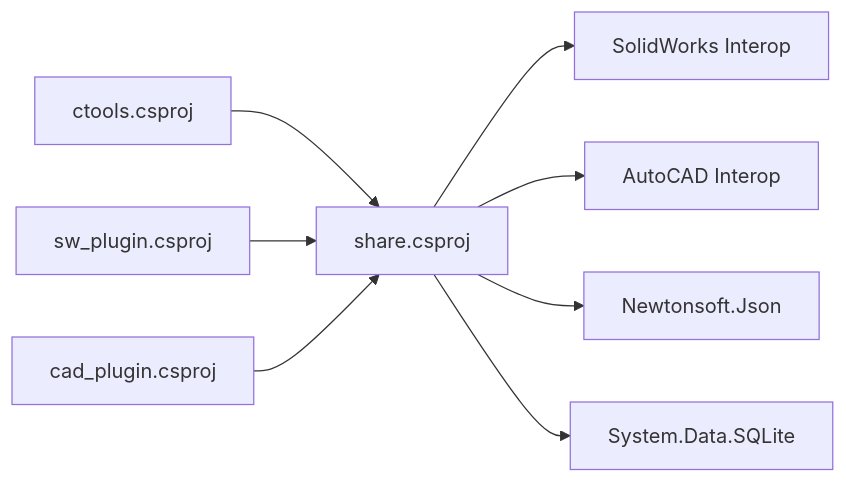
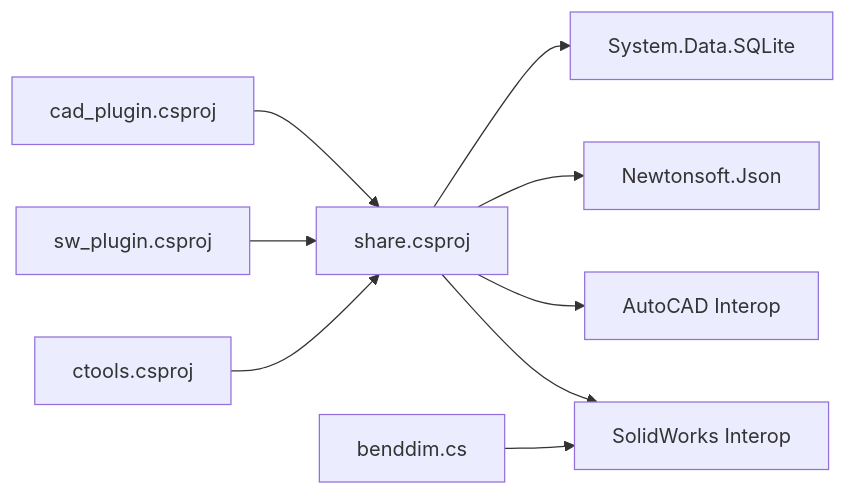
The eighth of 8 diagrams in .qoder/repowiki/zh/content/共享功能库/共享功能库.md (feudal1/my_csharp), drawn with Mermaid before and after one commit. The commit also changed other lines of this file and 6 other files, not shown here.

````diff
--- a/.qoder/repowiki/zh/content/共享功能库/共享功能库.md
+++ b/.qoder/repowiki/zh/content/共享功能库/共享功能库.md
@@ -278,10 +306,11 @@
 ```mermaid
 graph LR
 SHARE["share.csproj"] --> SWAPI["SolidWorks Interop"]
 SHARE --> ACADAPI["AutoCAD Interop"]
 CTOOLS["ctools.csproj"] --> SHARE
 SWPLUGIN["sw_plugin.csproj"] --> SHARE
 CADPLUGIN["cad_plugin.csproj"] --> SHARE
 SHARE --> JSON["Newtonsoft.Json"]
 SHARE --> SQLITE["System.Data.SQLite"]
+BENDDIM["benddim.cs"] --> SWAPI
 ```
````
